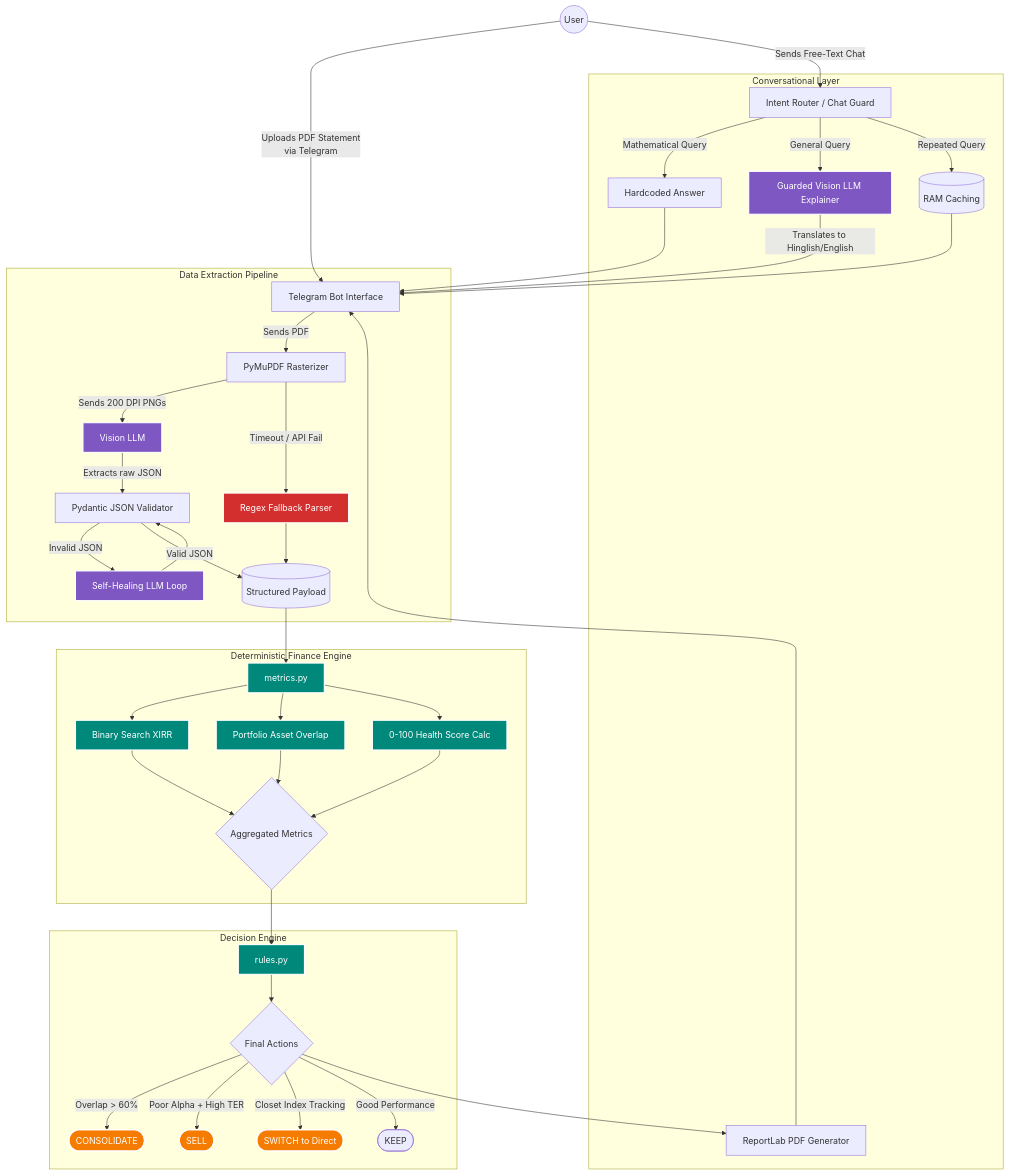
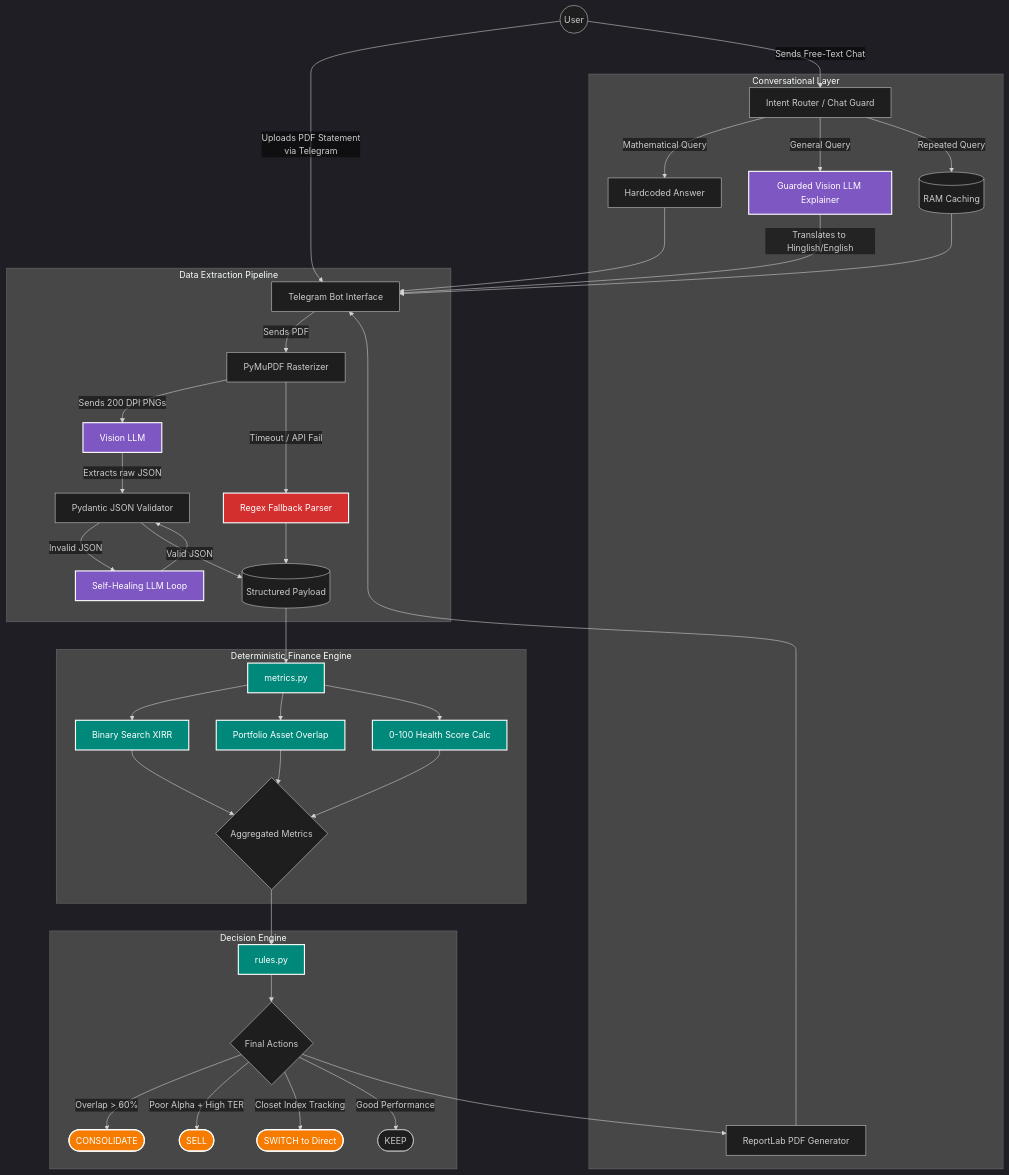
The diagram in telegram-bot/architecture.md (ansh-0069/Economic-Times-Solution), drawn with Mermaid before and after one commit. The commit also changed 1 other file, not shown here.

Commit message:
Fix edge label and text visibility in mermaid diagrams

````diff
--- a/telegram-bot/architecture.md
+++ b/telegram-bot/architecture.md
@@ -7,68 +7,69 @@
 ```mermaid
+%%{init: {'theme': 'dark', 'themeVariables': { 'edgeLabelBackground':'transparent', 'tertiaryColor': '#fff', 'primaryTextColor': '#fff', 'edgeColor': '#fff', 'mainBkg': '#1e1e1e' }}}%%
 graph TD
     %% User Inputs
     User((User)) -->|Uploads PDF Statement\nvia Telegram| TBot[Telegram Bot Interface]
     User -->|Sends Free-Text Chat| Router[Intent Router / Chat Guard]
 
     %% Extraction Pipeline (Multimodal + Fallbacks)
     subgraph Data Extraction Pipeline
         TBot -->|Sends PDF| ImageRasterizer[PyMuPDF Rasterizer]
         ImageRasterizer -->|Sends 200 DPI PNGs| Vision[Vision LLM]
         Vision -->|Extracts raw JSON| Pydantic[Pydantic JSON Validator]
         
         Pydantic -- Invalid JSON --> Repair[Self-Healing LLM Loop]
         Repair --> Pydantic
         
         Pydantic -- Valid JSON --> StructuredData[(Structured Payload)]
         
         ImageRasterizer -- Timeout / API Fail --> RegexMatcher[Regex Fallback Parser]
         RegexMatcher --> StructuredData
     end
 
     %% Deterministic Mathematical Engine
     subgraph Deterministic Finance Engine 
         StructuredData --> Metrics[metrics.py]
         Metrics --> XIRR[Binary Search XIRR]
         Metrics --> Overlap[Portfolio Asset Overlap]
         Metrics --> Health[0-100 Health Score Calc]
         
         XIRR --> FinancialTruth{Aggregated Metrics}
         Overlap --> FinancialTruth
         Health --> FinancialTruth
     end
 
     %% Strict Business Rules Engine
     subgraph Decision Engine
         FinancialTruth --> Rules[rules.py]
         Rules --> Actions{Final Actions}
         Actions -->|Overlap > 60%| Consolidate([CONSOLIDATE])
         Actions -->|Poor Alpha + High TER| Sell([SELL])
         Actions -->|Closet Index Tracking| Switch([SWITCH to Direct])
         Actions -->|Good Performance| Keep([KEEP])
     end
 
     %% Glass-Box AI Presentation Layer
     subgraph Conversational Layer
         Actions --> PDFGen[ReportLab PDF Generator]
         PDFGen --> TBot
         
         Router -- Mathematical Query --> DeterministicResponse[Hardcoded Answer]
         Router -- General Query --> GuardedLLM[Guarded Vision LLM Explainer]
         Router -- Repeated Query --> Cache[(RAM Caching)]
         
         GuardedLLM -->|Translates to Hinglish/English| TBot
         DeterministicResponse --> TBot
         Cache --> TBot
     end
 
     %% Theming (High Contrast for Dark/Light Mode)
     classDef llm fill:#7E57C2,stroke:#fff,stroke-width:2px,color:#fff;
     classDef logic fill:#00897B,stroke:#fff,stroke-width:2px,color:#fff;
     classDef fail-safe fill:#D32F2F,stroke:#fff,stroke-width:2px,color:#fff;
     classDef action fill:#F57C00,stroke:#fff,stroke-width:2px,color:#fff;
     
     class Vision,Repair,GuardedLLM llm;
     class Metrics,XIRR,Overlap,Health,Rules logic;
     class RegexMatcher fail-safe;
     class Consolidate,Sell,Switch action;
 ```
````
